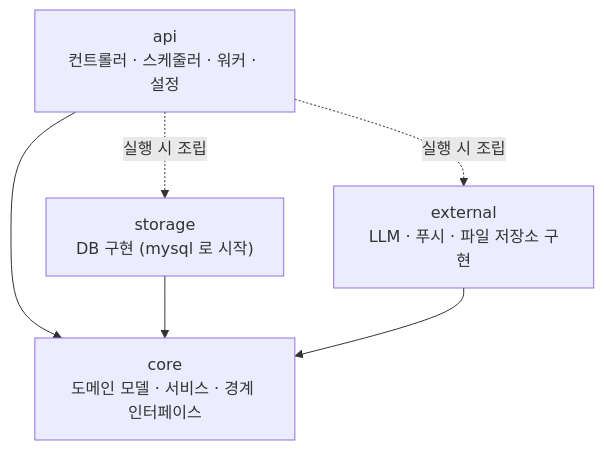
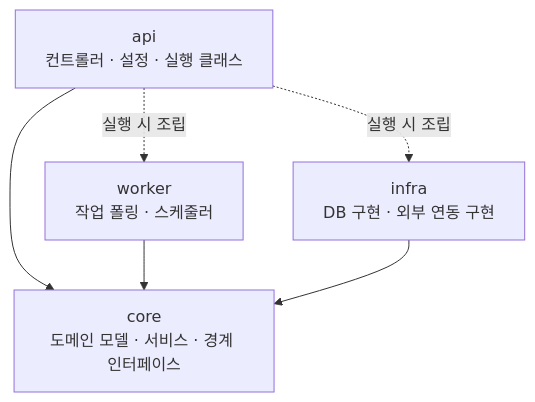
One commit to depromeet/19th-team1-server changed the first of 2 diagrams in docs/architecture.md. Above: the diagram before and after it, drawn with Mermaid. The commit also changed other lines of this file and 26 other files, not shown here.

First line of the commit message:
refactor(infra, api, worker): 모듈 구조 조정과 테스트 전략 문서화 (#15) (#18)

````diff
--- a/docs/architecture.md
+++ b/docs/architecture.md
@@ -55,13 +55,13 @@
 ```mermaid
 flowchart TB
-    api["api<br/>컨트롤러 · 스케줄러 · 워커 · 설정"]
+    api["api<br/>컨트롤러 · 설정 · 실행 클래스"]
+    worker["worker<br/>작업 폴링 · 스케줄러"]
     core["core<br/>도메인 모델 · 서비스 · 경계 인터페이스"]
-    storage["storage<br/>DB 구현 (mysql 로 시작)"]
-    external["external<br/>LLM · 푸시 · 파일 저장소 구현"]
+    infra["infra<br/>DB 구현 · 외부 연동 구현"]
 
     api --> core
-    storage --> core
-    external --> core
-    api -. 실행 시 조립 .-> storage
-    api -. 실행 시 조립 .-> external
+    worker --> core
+    infra --> core
+    api -. 실행 시 조립 .-> infra
+    api -. 실행 시 조립 .-> worker
 ```
````
